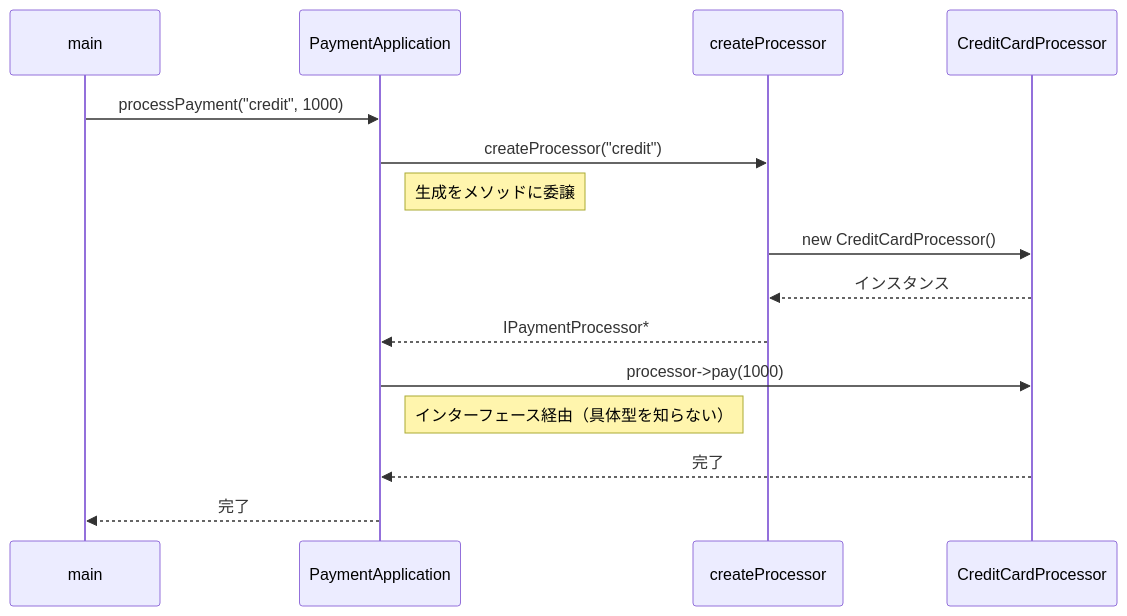
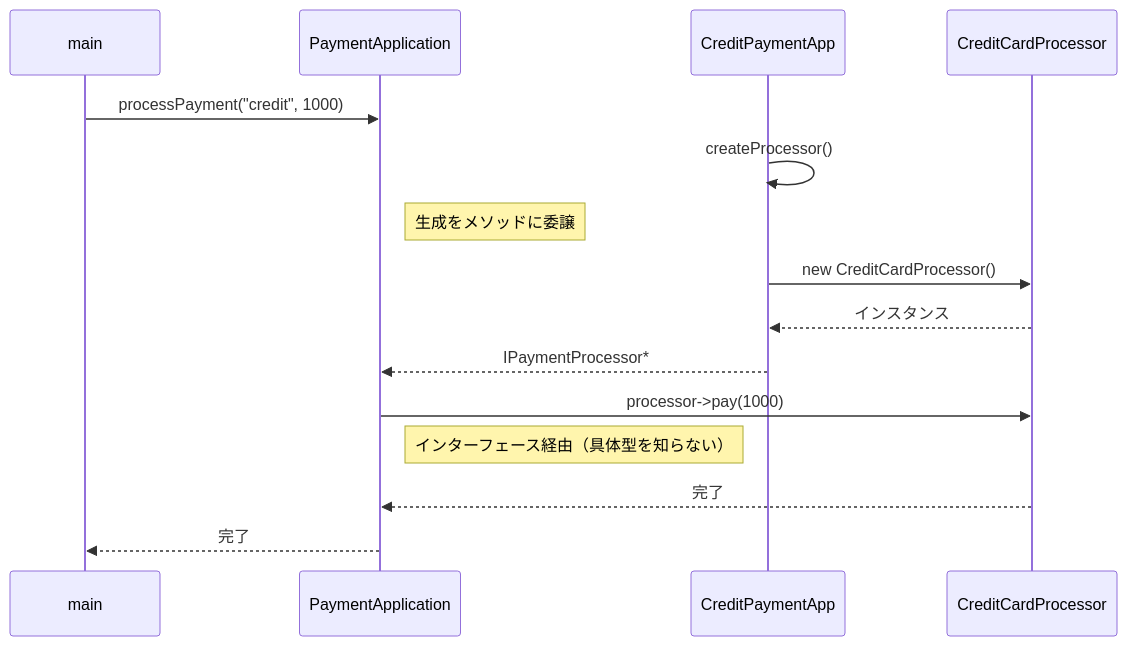
The third of 5 diagrams in kindle/design-patterns/output/chapter08.md (kumachan1101-pixel/DesignPattern), drawn with Mermaid before and after one commit. The commit also changed other lines of this file, not shown here.

````diff
--- a/kindle/design-patterns/output/chapter08.md
+++ b/kindle/design-patterns/output/chapter08.md
@@ -773,18 +676,18 @@
 ```mermaid
 sequenceDiagram
     participant main
     participant PA as PaymentApplication
-    participant CP as createProcessor
+    participant App as CreditPaymentApp
     participant CC as CreditCardProcessor
 
     main->>PA: processPayment("credit", 1000)
-    PA->>CP: createProcessor("credit")
+    App->>App: createProcessor()
     Note right of PA: 生成をメソッドに委譲
-    CP->>CC: new CreditCardProcessor()
-    CC-->>CP: インスタンス
-    CP-->>PA: IPaymentProcessor*
+    App->>CC: new CreditCardProcessor()
+    CC-->>App: インスタンス
+    App-->>PA: IPaymentProcessor*
     PA->>CC: processor->pay(1000)
     Note right of PA: インターフェース経由（具体型を知らない）
     CC-->>PA: 完了
     PA-->>main: 完了
 ```
````
